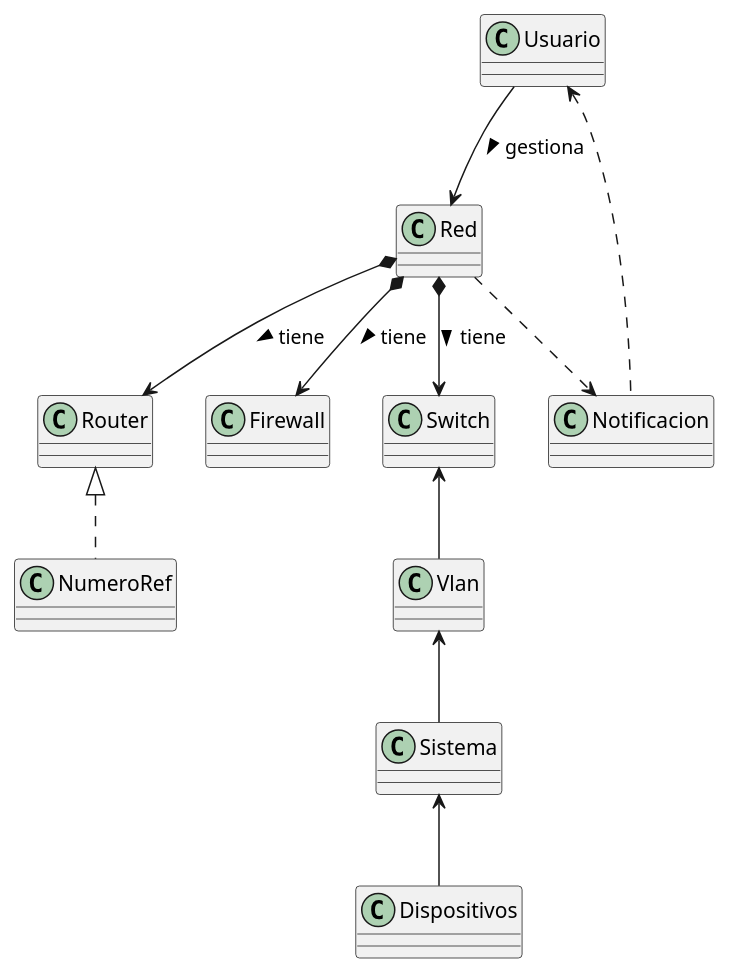
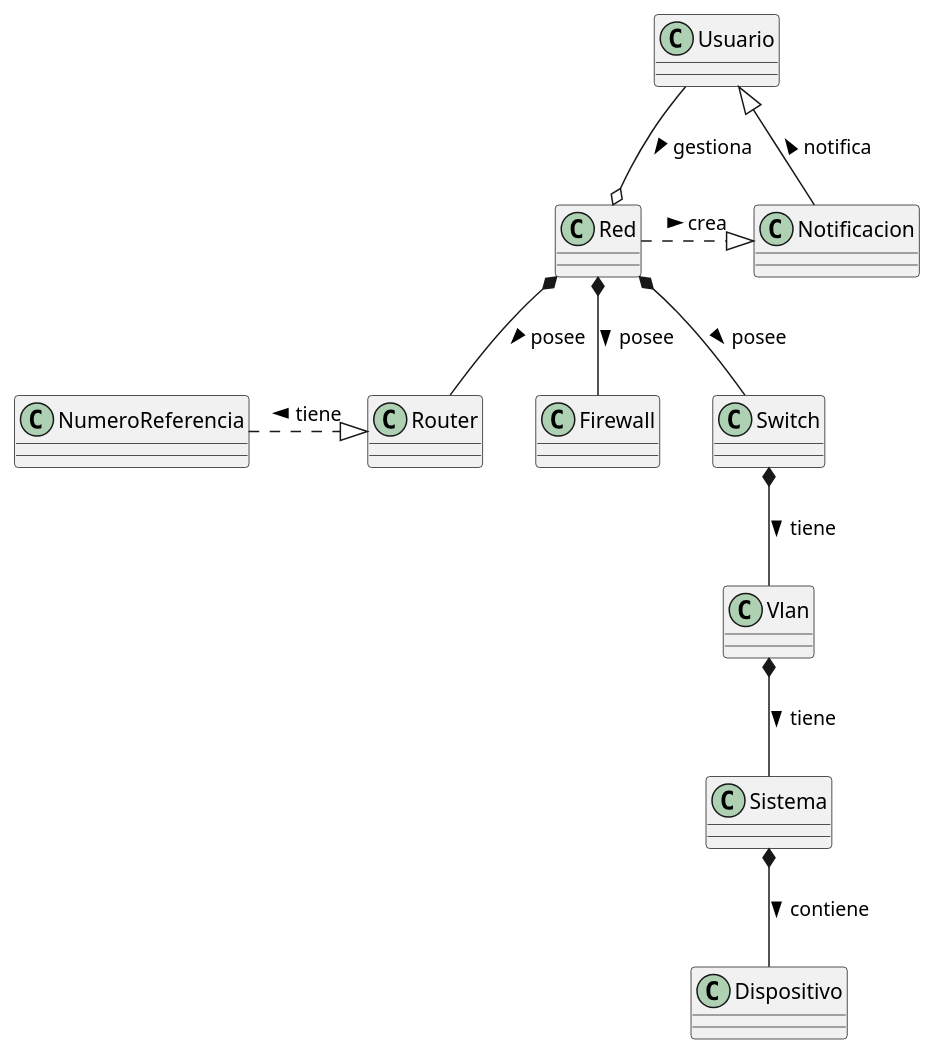
Before and after one commit to juanixcopal/proyect_IdSw: the diagram in Diagramas/Modelo de Dominio/modeloDominio.plantuml, drawn with PlantUML. The commit also changed 3 other files, not shown here.

```diff
--- a/Diagramas/Modelo de Dominio/modeloDominio.plantuml
+++ b/Diagramas/Modelo de Dominio/modeloDominio.plantuml
@@ -1,23 +1,29 @@
 @startuml
+class Usuario
 class Red
+class Notificacion
 class Router
+class NumeroReferencia
 class Firewall
 class Switch
-class Usuario
+class Vlan
+class Sistema
+class Dispositivo
 
-Usuario <.. Notificacion
-Usuario --> Red : gestiona >
+Usuario --o Red : gestiona >
 
-Red ..> Notificacion
-Red *--> Router : tiene >
-Red *--> Firewall : tiene >
-Red *--> Switch : tiene >
+Usuario <|-- Notificacion : notifica <
+Notificacion <|.l. Red  : crea <
 
-Router <|.. NumeroRef
+Red *-- Firewall : posee >
+Red *-- Switch : posee >
+Red *-- Router : posee >
 
-Switch <-- Vlan
+NumeroReferencia .r.|> Router : tiene <
 
-Vlan <-- Sistema
+Switch *-- Vlan : tiene >
 
-Sistema <-- Dispositivos
+Vlan *-- Sistema : tiene >
+
+Sistema *-- Dispositivo : contiene >
 @enduml
```
